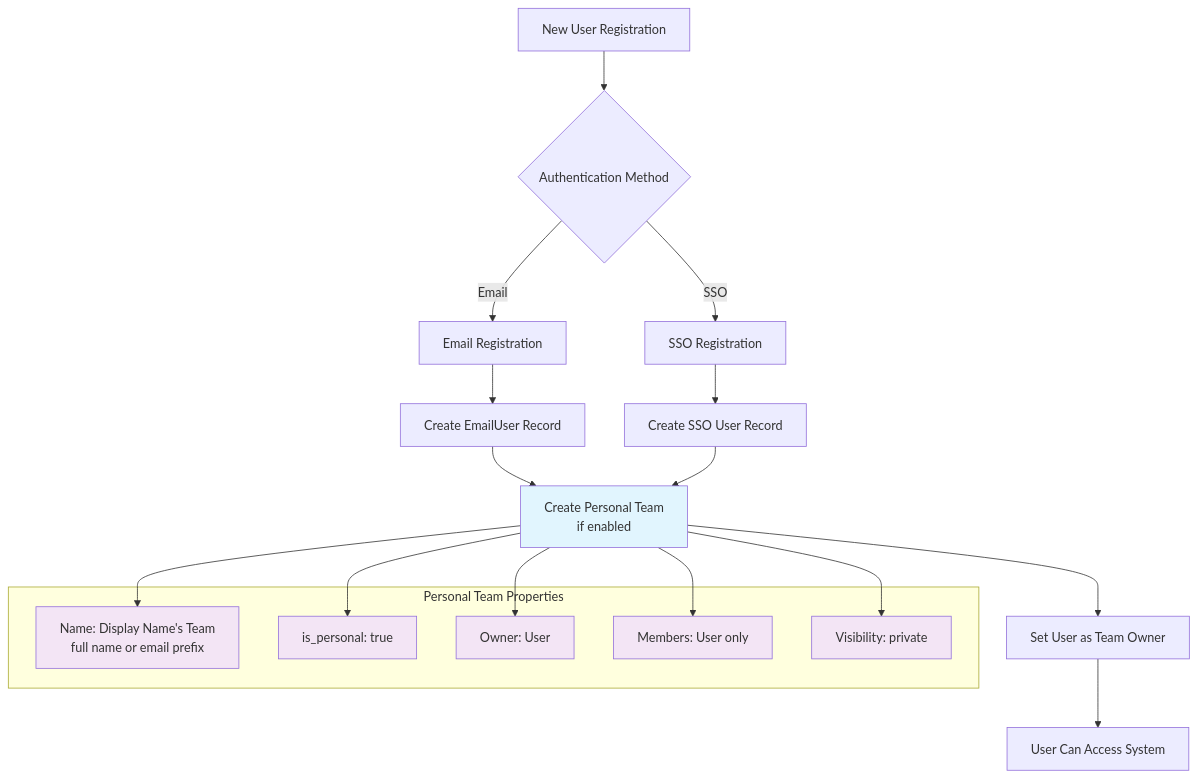
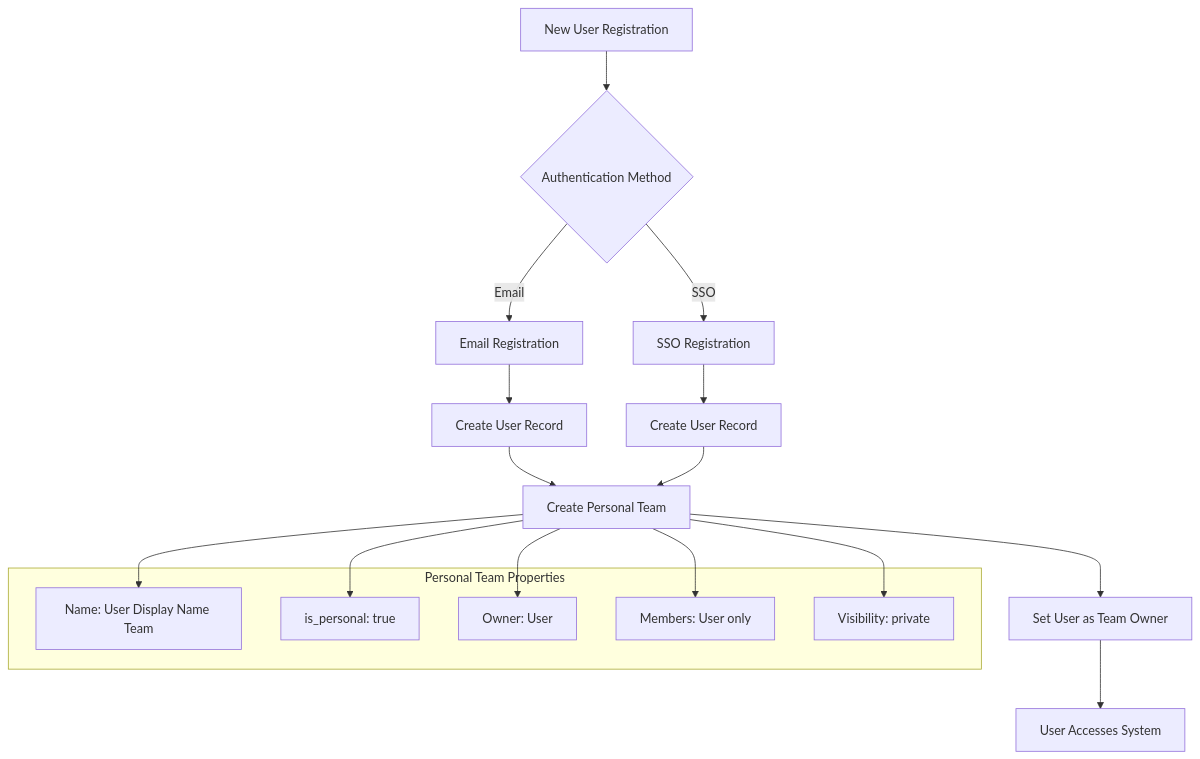
One commit to IBM/mcp-context-forge changed the second of 5 diagrams in docs/docs/architecture/multitenancy.md. Above: the diagram before and after it, drawn with Mermaid. The commit also changed other lines of this file and 4 other files, not shown here.

````diff
--- a/docs/docs/architecture/multitenancy.md
+++ b/docs/docs/architecture/multitenancy.md
@@ -62,37 +61,30 @@
 ```mermaid
 flowchart TD
     A[New User Registration] --> B{Authentication Method}
 
     B -->|Email| C[Email Registration]
     B -->|SSO| D[SSO Registration]
 
-    C --> E[Create EmailUser Record]
-    D --> F[Create SSO User Record]
+    C --> E[Create User Record]
+    D --> F[Create User Record]
 
-    E --> G[Create Personal Team<br/>if enabled]
+    E --> G[Create Personal Team]
     F --> G
 
     G --> H[Set User as Team Owner]
-    H --> I[User Can Access System]
+    H --> I[User Accesses System]
 
     subgraph "Personal Team Properties"
-        J[Name: Display Name's Team<br/>full name or email prefix]
+        J[Name: User Display Name Team]
         K[is_personal: true]
         L[Owner: User]
         M[Members: User only]
         N[Visibility: private]
     end
 
     G --> J
     G --> K
     G --> L
     G --> M
     G --> N
-
-    style G fill:#e1f5fe
-    style J fill:#f3e5f5
-    style K fill:#f3e5f5
-    style L fill:#f3e5f5
-    style M fill:#f3e5f5
-    style N fill:#f3e5f5
 ```
````
